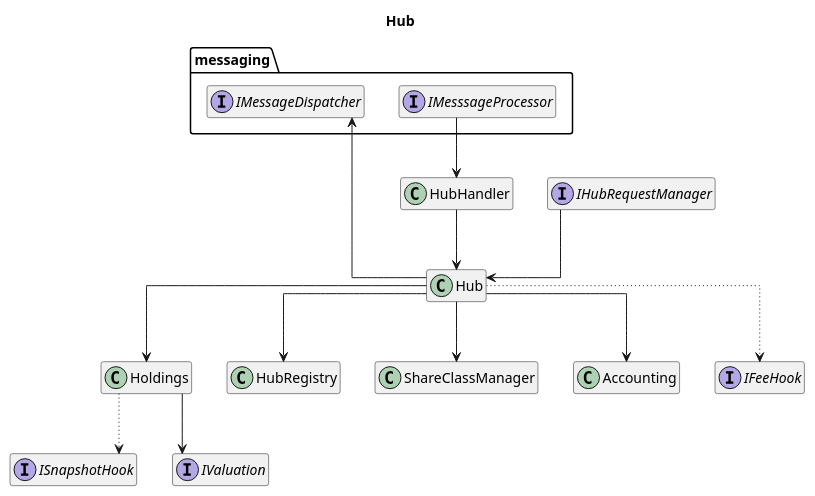
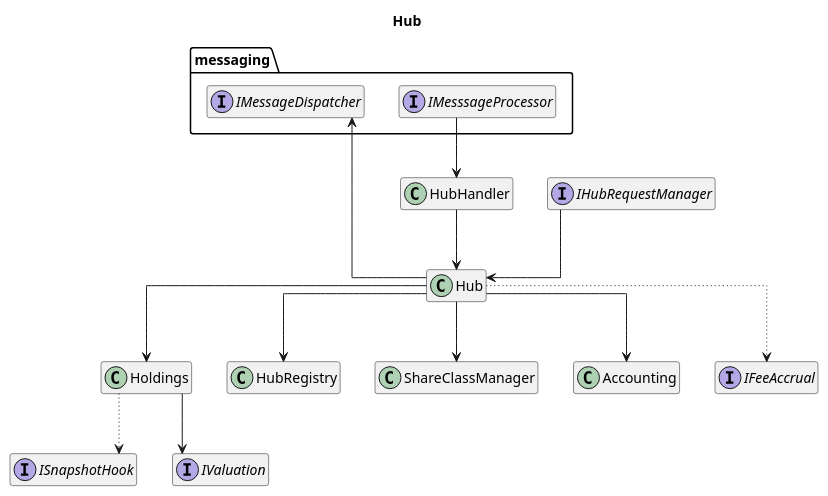
One commit to centrifuge/protocol changed the diagram in docs/architecture/core/hub.puml. Above: the diagram before and after it, drawn with PlantUML. The commit also changed 66 other files, not shown here.

```diff
--- a/docs/architecture/core/hub.puml
+++ b/docs/architecture/core/hub.puml
@@ -1,39 +1,39 @@
 @startuml hub
 title Hub
 hide empty members
 
 skinparam linetype ortho
 
 package messaging {
     interface IMessageDispatcher
     interface IMesssageProcessor
 }
 
 class Hub
 class HubHandler
 class Holdings
 class HubRegistry
 class ShareClassManager
 class Accounting
 
 interface ISnapshotHook
 interface IValuation
-interface IFeeHook
+interface IFeeAccrual
 interface IHubRequestManager
 
 Hub --> Holdings
 Hub --> HubRegistry
 Hub --> ShareClassManager
 Hub --> Accounting
 Hub --> IMessageDispatcher
-Hub .[dotted].> IFeeHook
+Hub .[dotted].> IFeeAccrual
 
 HubHandler --> Hub
 IMesssageProcessor --> HubHandler
 
 IHubRequestManager --> Hub
 
 Holdings --> IValuation
 Holdings .[dotted].> ISnapshotHook
 
 @enduml
```
